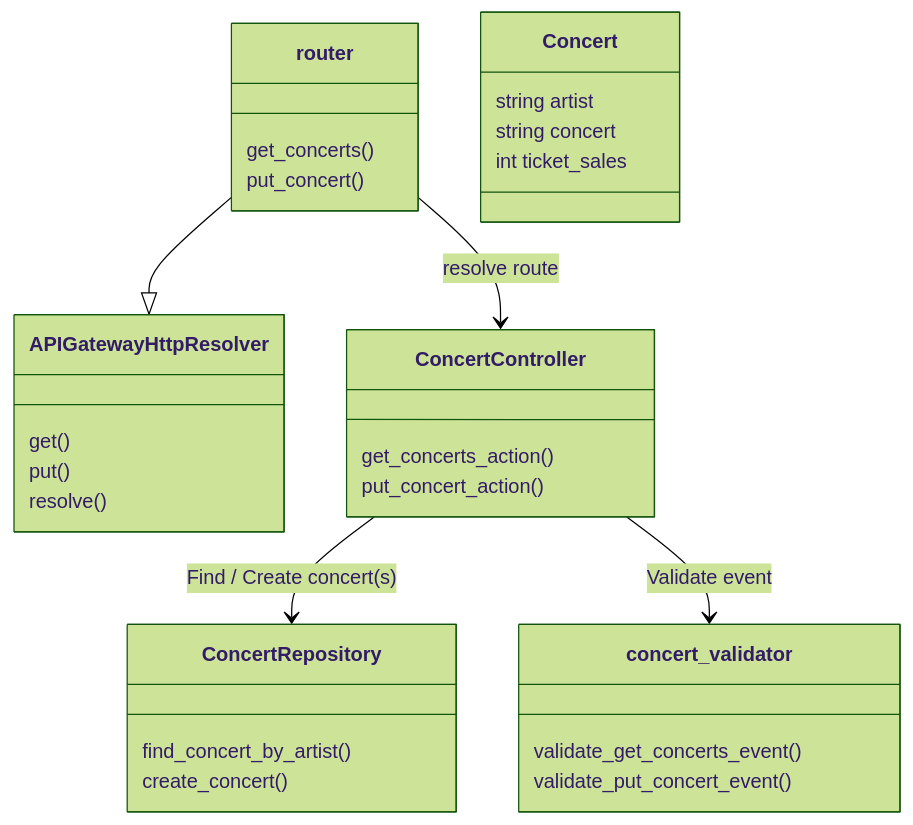
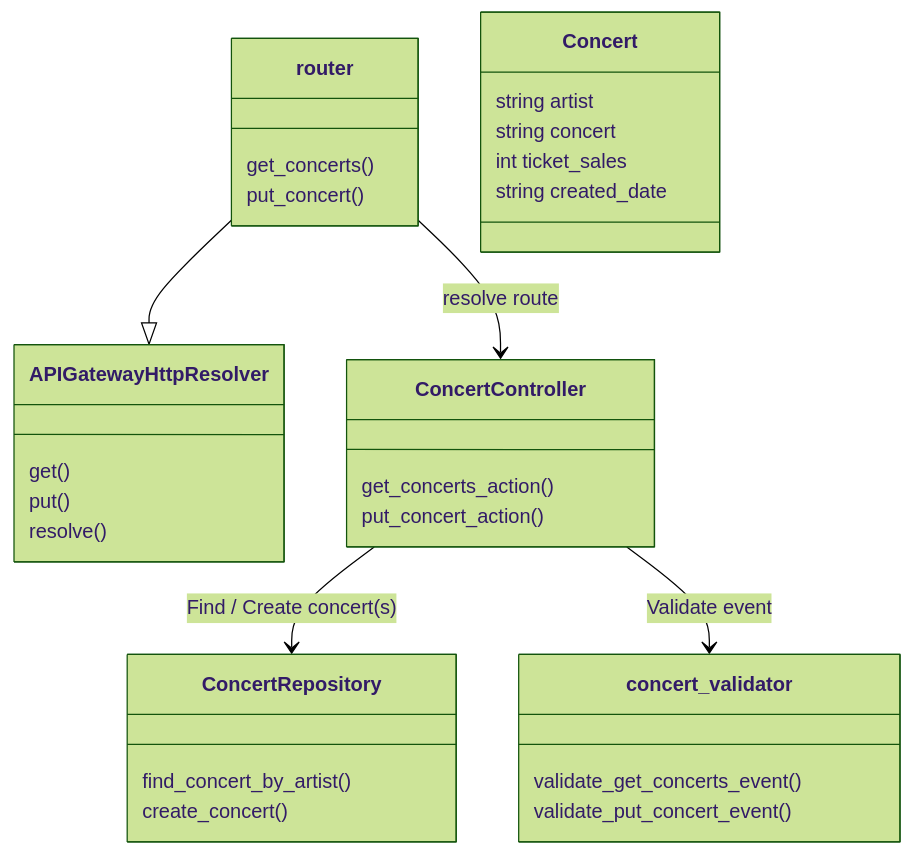
The second of 2 diagrams in README.md (moonline/Lab.AWS.API-Gateway), drawn with Mermaid (forest theme) before and after one commit.

Commit message:
Update model docs

````diff
--- a/README.md
+++ b/README.md
@@ -35,35 +35,36 @@
 ```mermaid
 classDiagram
 
 class APIGatewayHttpResolver {
    get()
    put()
    resolve()
 }
 
 router --|> APIGatewayHttpResolver
 router: get_concerts()
 router: put_concert()
 router --> ConcertController: resolve route
 
 class ConcertController {
    get_concerts_action()
    put_concert_action()
 }
 ConcertController --> ConcertRepository: Find / Create concert(s)
 ConcertController --> concert_validator: Validate event
 
 concert_validator: validate_get_concerts_event()
 concert_validator: validate_put_concert_event()
 
 class Concert {
    string artist
    string concert
    int ticket_sales
+   string created_date
 }
 
 class ConcertRepository {
    find_concert_by_artist()
    create_concert()
 }
 ```
````
